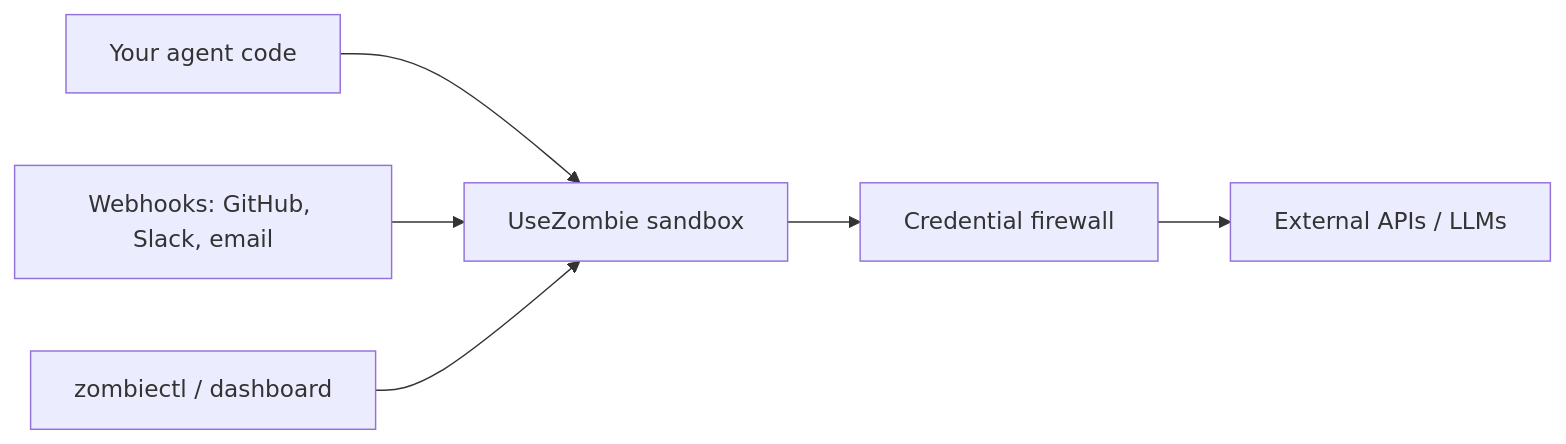
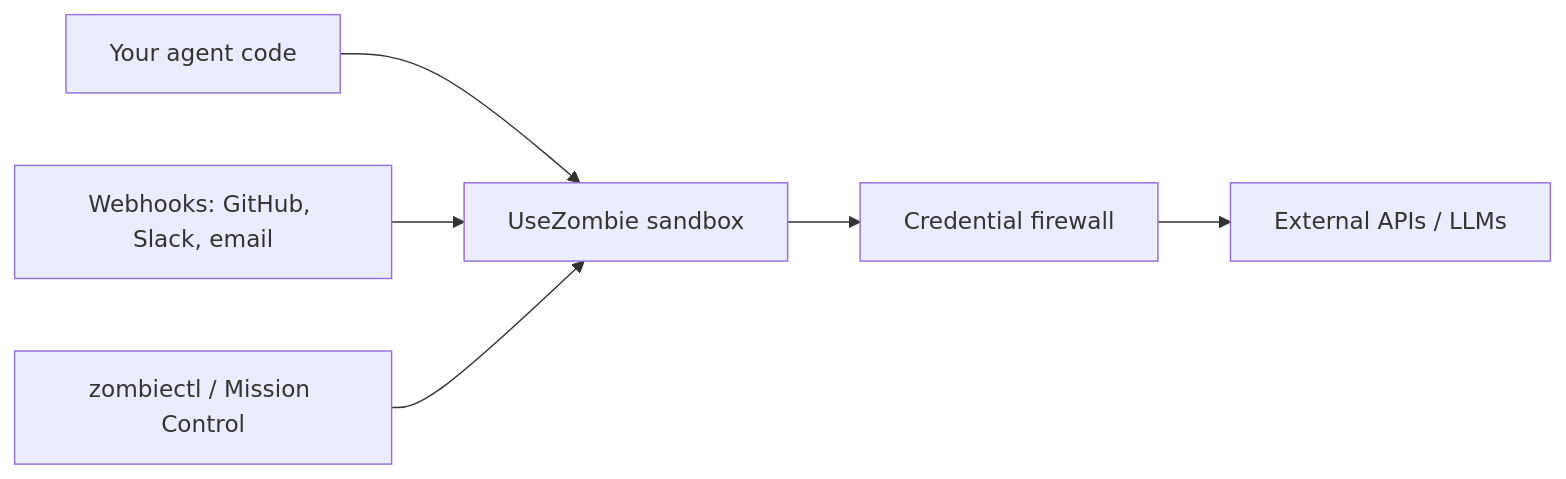
The first of 3 diagrams in how-it-works.mdx (usezombie/docs), drawn with Mermaid before and after one commit. The commit also changed other lines of this file and 1 other file, not shown here.

Commit message:
fix: address greptile P1/P2 — correct CLI command, Mission Control terminology, code formatting

````diff
--- a/how-it-works.mdx
+++ b/how-it-works.mdx
@@ -10,8 +10,8 @@
 ```mermaid
 flowchart LR
     A[Your agent code] --> B[UseZombie sandbox]
     B --> C[Credential firewall]
     C --> D[External APIs / LLMs]
     E[Webhooks: GitHub, Slack, email] --> B
-    F[zombiectl / dashboard] --> B
+    F[zombiectl / Mission Control] --> B
 ```
````
